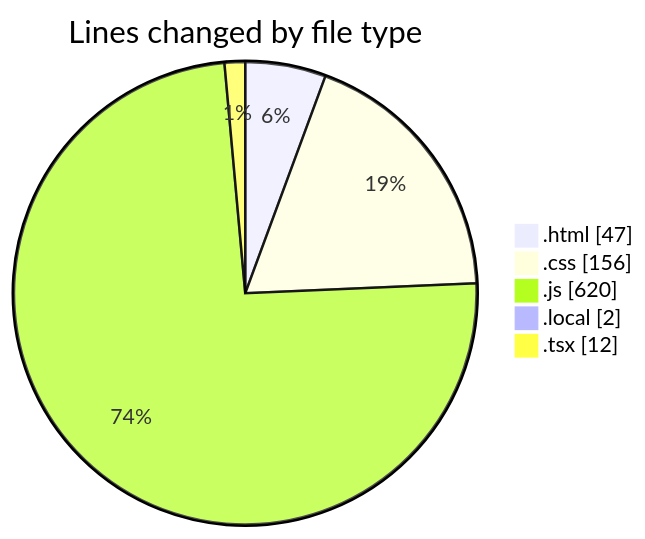
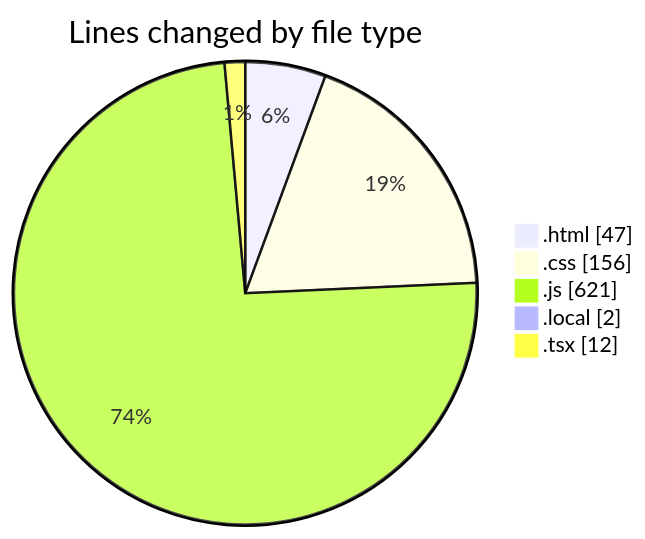
One commit to Ritupan-Deka/code-tracking changed the first of 2 diagrams in 2025-05-03/projects/README.md. Above: the diagram before and after it, drawn with Mermaid. The commit also changed other lines of this file and 1 other file, not shown here.

````diff
--- a/2025-05-03/projects/README.md
+++ b/2025-05-03/projects/README.md
@@ -31,9 +31,9 @@
 ```mermaid
 pie showData
 title Lines changed by file type
 ".html" : 47
 ".css" : 156
-".js" : 620
+".js" : 621
 ".local" : 2
 ".tsx" : 12
 ```
````
